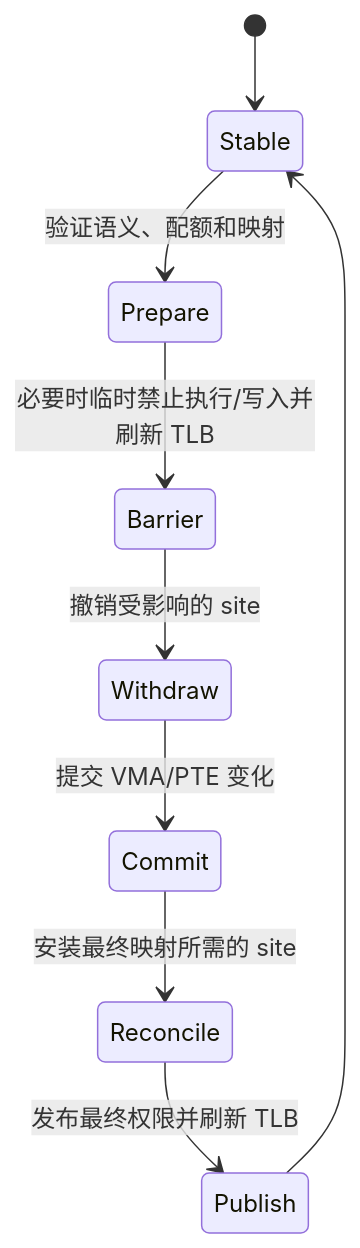
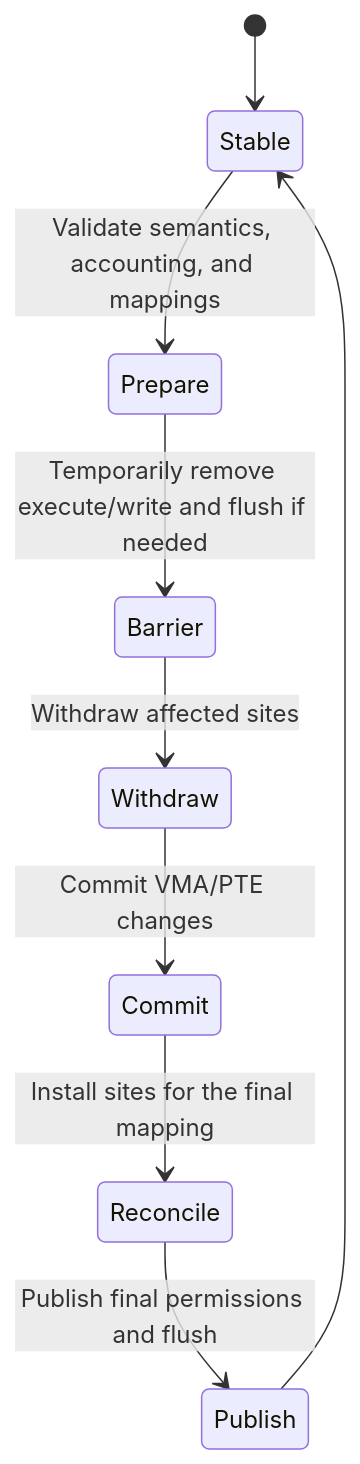
One commit to DragonOS-Community/DragonOS changed the fourth of 4 diagrams in docs/kernel/trace/uprobe.md. Above: the diagram before and after it, drawn with Mermaid. The commit also changed other lines of this file and 2058 other files, not shown here.

````diff
--- a/docs/kernel/trace/uprobe.md
+++ b/docs/kernel/trace/uprobe.md
@@ -132,11 +134,11 @@
 ```mermaid
 stateDiagram-v2
     [*] --> Stable
-    Stable --> Prepare: 验证语义、配额和映射
-    Prepare --> Barrier: 必要时临时禁止执行/写入并刷新 TLB
-    Barrier --> Withdraw: 撤销受影响的 site
-    Withdraw --> Commit: 提交 VMA/PTE 变化
-    Commit --> Reconcile: 安装最终映射所需的 site
-    Reconcile --> Publish: 发布最终权限并刷新 TLB
+    Stable --> Prepare: Validate semantics, accounting, and mappings
+    Prepare --> Barrier: Temporarily remove execute/write and flush if needed
+    Barrier --> Withdraw: Withdraw affected sites
+    Withdraw --> Commit: Commit VMA/PTE changes
+    Commit --> Reconcile: Install sites for the final mapping
+    Reconcile --> Publish: Publish final permissions and flush
     Publish --> Stable
 ```
````
